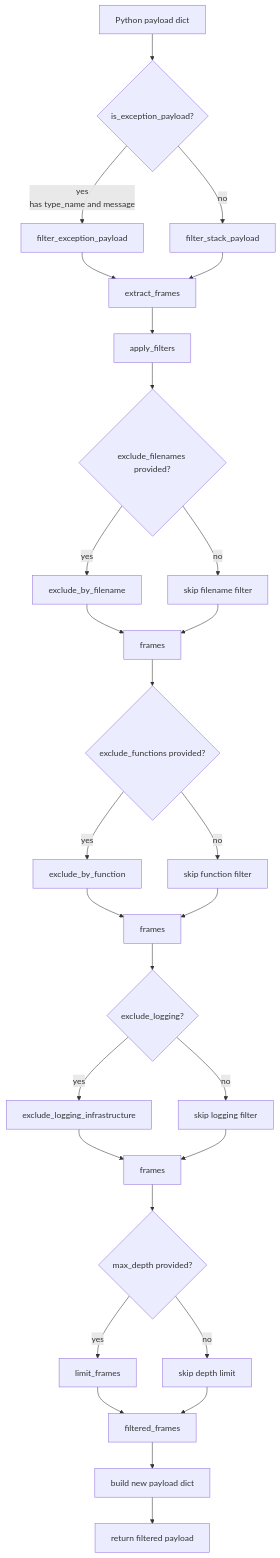
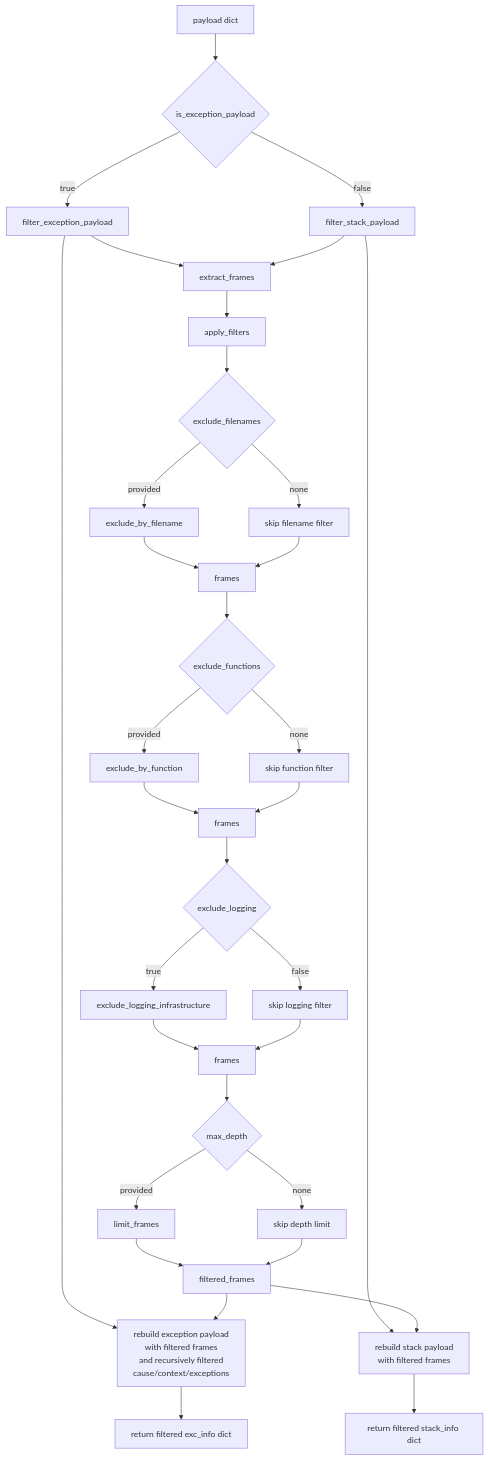
One commit to leynos/femtologging changed the diagram in docs/frame-filtering-design.md. Above: the diagram before and after it, drawn with Mermaid. The commit also changed other lines of this file, not shown here.

Commit message:
Update code

````diff
--- a/docs/frame-filtering-design.md
+++ b/docs/frame-filtering-design.md
@@ -20,42 +20,52 @@
 ```mermaid
 flowchart TD
-    A[Python payload dict] --> B{is_exception_payload?}
-    B -->|yes<br/>has type_name and message| C[filter_exception_payload]
-    B -->|no| D[filter_stack_payload]
+    A[payload dict] --> B{is_exception_payload}
+    B -->|true| C[filter_exception_payload]
+    B -->|false| D[filter_stack_payload]
 
     C --> E[extract_frames]
     D --> E
 
     E --> F[apply_filters]
 
-    F --> G{exclude_filenames provided?}
-    G -->|yes| H[exclude_by_filename]
-    G -->|no| I[skip filename filter]
+    F --> G{exclude_filenames}
+    G -->|provided| H[exclude_by_filename]
+    G -->|none| I[skip filename filter]
 
-    H --> J
-    I --> J[frames]
+    H --> J[frames]
+    I --> J
 
-    J --> K{exclude_functions provided?}
-    K -->|yes| L[exclude_by_function]
-    K -->|no| M[skip function filter]
+    J --> K{exclude_functions}
+    K -->|provided| L[exclude_by_function]
+    K -->|none| M[skip function filter]
 
-    L --> N
-    M --> N[frames]
+    L --> N[frames]
+    M --> N
 
-    N --> O{exclude_logging?}
-    O -->|yes| P[exclude_logging_infrastructure]
-    O -->|no| Q[skip logging filter]
+    N --> O{exclude_logging}
+    O -->|true| P[exclude_logging_infrastructure]
+    O -->|false| Q[skip logging filter]
 
-    P --> R
-    Q --> R[frames]
+    P --> R[frames]
+    Q --> R
 
-    R --> S{max_depth provided?}
-    S -->|yes| T[limit_frames]
-    S -->|no| U[skip depth limit]
+    R --> S{max_depth}
+    S -->|provided| T[limit_frames]
+    S -->|none| U[skip depth limit]
 
     T --> V[filtered_frames]
     U --> V
 
-    V --> W[build new payload dict]
-    W --> X[return filtered payload]
+    C --> W[rebuild exception payload
+with filtered frames
+and recursively filtered
+cause/context/exceptions]
+    D --> X[rebuild stack payload
+with filtered frames]
+
+    V --> W
+    V --> X
+
+    W --> Y[return filtered exc_info dict]
+    X --> Z[return filtered stack_info dict]
 ```
````
